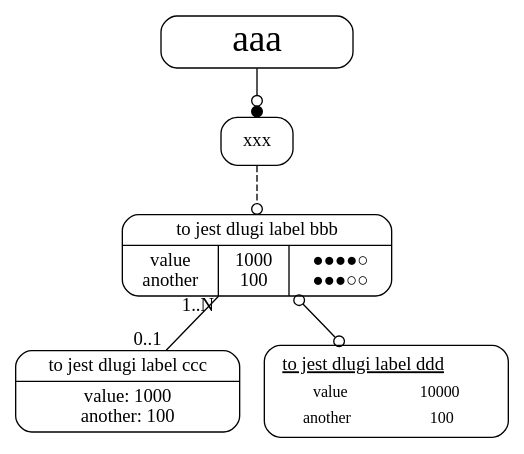
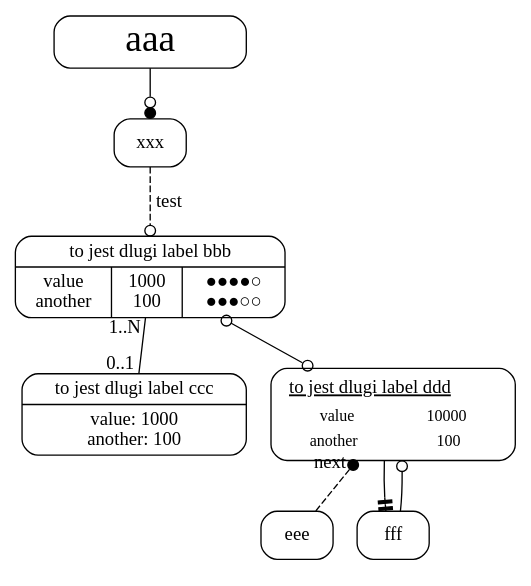
Before and after one commit to mobarski/smash: the diagram in misc/test.dot, drawn with Graphviz. The commit also changed 3 other files, not shown here.

```diff
--- a/misc/test.dot
+++ b/misc/test.dot
@@ -1,24 +1,27 @@
 strict digraph {
 graph [rankdir=TD compound=true]
 edge [arrowhead=none]
 node [shape=record style="rounded,filled" fillcolor=white]
 
  aaa [label="aaa"  width=2 fontsize=28]
  xxx [pos="0,0!"]
  bbb [label="{to jest dlugi label bbb|{value\nanother|1000\n100|&#9679;&#9679;&#9679;&#9679;&#9675;\n&#9679;&#9679;&#9679;&#9675;&#9675;}}" ]
  ccc [label="{to jest dlugi label ccc|value: 1000\nanother: 100}" ]
  ddd [label=<
         <font POINT-SIZE="12">
         <table border="0">
         <tr><td colspan="2"><font POINT-SIZE="14"><u>to jest dlugi label ddd</u></font></td></tr>
         <tr><td>value</td><td>10000</td></tr>
         <tr><td>another</td><td>100</td></tr>
         </table>
         </font>
  >]
 
 aaa -> xxx [arrowhead=dotodot arrowsize=1]
-xxx -> bbb [arrowhead=odot style=dashed]
+xxx -> bbb [arrowhead=odot style=dashed label="test"]
 bbb -> ccc [headlabel="0..1" taillabel="1..N"]
 bbb -> ddd [arrowhead=odot arrowtail=odot dir=both arrowsize=1]
+ddd -> eee [arrowtail=dot dir=back style=dashed taillabel=next labeldistance=2 labelangle=-45]
+ddd -> fff [arrowhead=teetee]
+fff -> ddd [arrowhead=odot]
 }
```
